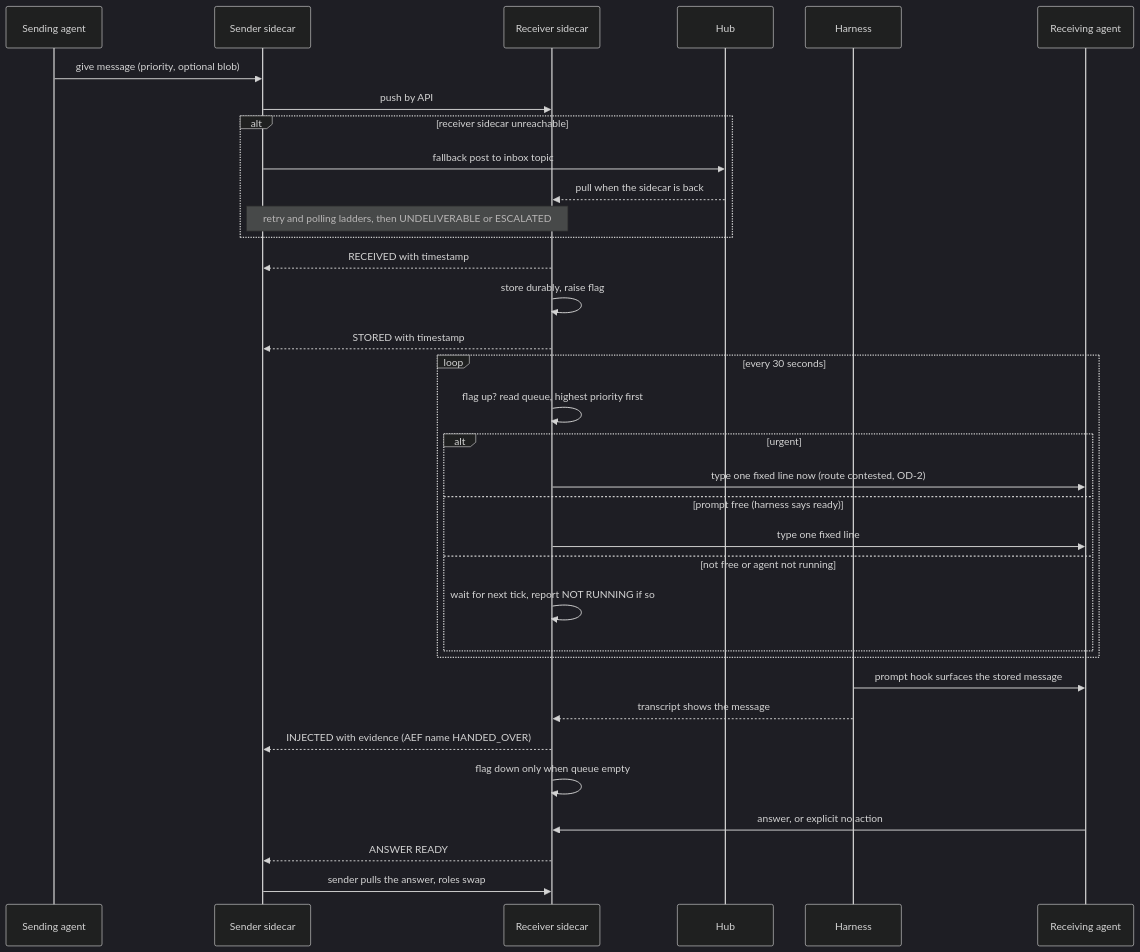
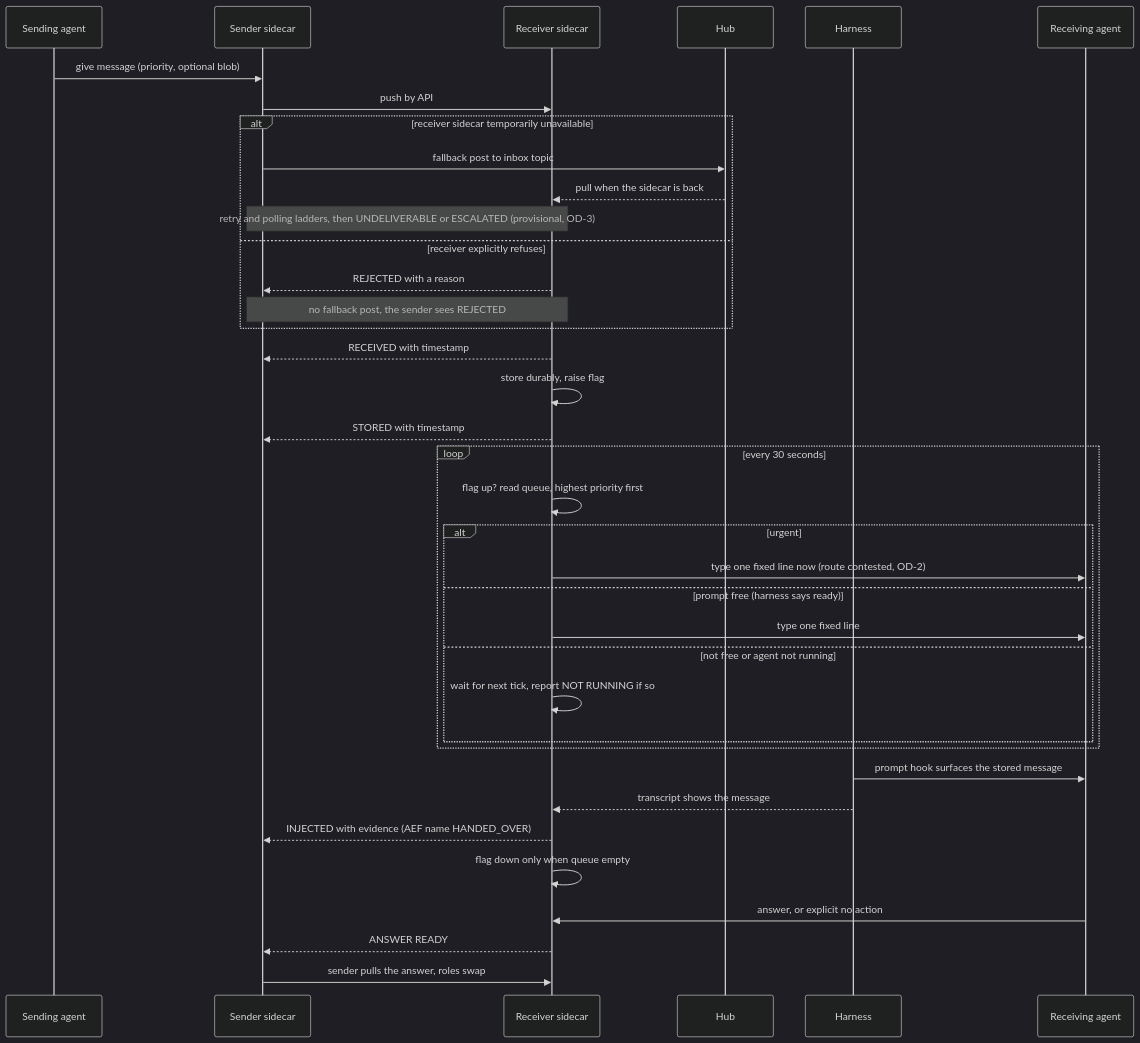
Before and after one commit to DimitriGeelen/termlink: the second of 3 diagrams in docs/design/interactive-agent-communication-01-requirements.md, drawn with Mermaid (dark theme). The commit also changed other lines of this file, not shown here.

````diff
--- a/docs/design/interactive-agent-communication-01-requirements.md
+++ b/docs/design/interactive-agent-communication-01-requirements.md
@@ -125,36 +135,39 @@
 ```mermaid
 sequenceDiagram
   participant SND as Sending agent
   participant SS as Sender sidecar
   participant RS as Receiver sidecar
   participant HUB as Hub
   participant HRN as Harness
   participant RCV as Receiving agent
   SND->>SS: give message (priority, optional blob)
   SS->>RS: push by API
-  alt receiver sidecar unreachable
+  alt receiver sidecar temporarily unavailable
     SS->>HUB: fallback post to inbox topic
     HUB-->>RS: pull when the sidecar is back
-    Note over SS,RS: retry and polling ladders, then UNDELIVERABLE or ESCALATED
+    Note over SS,RS: retry and polling ladders, then UNDELIVERABLE or ESCALATED (provisional, OD-3)
+  else receiver explicitly refuses
+    RS-->>SS: REJECTED with a reason
+    Note over SS,RS: no fallback post, the sender sees REJECTED
   end
   RS-->>SS: RECEIVED with timestamp
   RS->>RS: store durably, raise flag
   RS-->>SS: STORED with timestamp
   loop every 30 seconds
     RS->>RS: flag up? read queue, highest priority first
     alt urgent
       RS->>RCV: type one fixed line now (route contested, OD-2)
     else prompt free (harness says ready)
       RS->>RCV: type one fixed line
     else not free or agent not running
       RS->>RS: wait for next tick, report NOT RUNNING if so
     end
   end
   HRN->>RCV: prompt hook surfaces the stored message
   HRN-->>RS: transcript shows the message
   RS-->>SS: INJECTED with evidence (AEF name HANDED_OVER)
   RS->>RS: flag down only when queue empty
   RCV->>RS: answer, or explicit no action
   RS-->>SS: ANSWER READY
   SS->>RS: sender pulls the answer, roles swap
 ```
````
